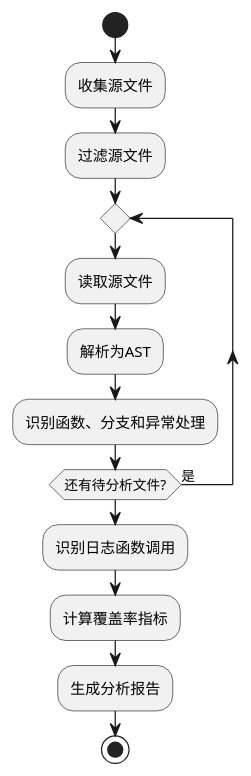
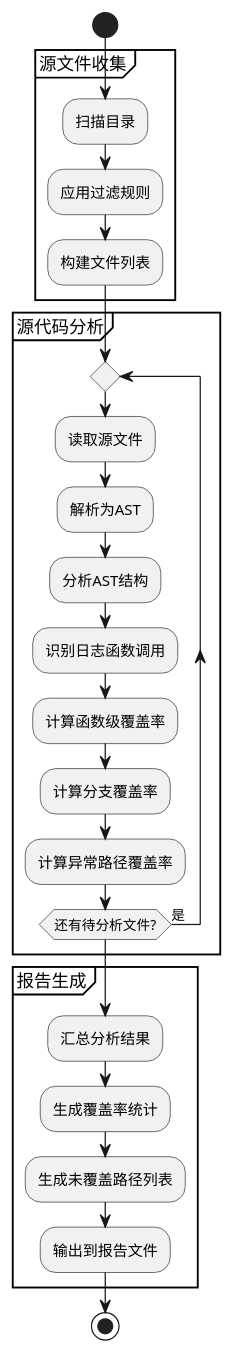
Before and after one commit to eric2023/dlogcover: the sixth of 10 diagrams in docs/概要设计文档.md, drawn with PlantUML. The commit also changed other lines of this file and 2 other files, not shown here.

````diff
--- a/docs/概要设计文档.md
+++ b/docs/概要设计文档.md
@@ -547,16 +383,32 @@
 ```plantuml
 @startuml
 start
-:收集源文件;
-:过滤源文件;
-repeat
-  :读取源文件;
-  :解析为AST;
-  :识别函数、分支和异常处理;
-repeat while (还有待分析文件?) is (是)
-:识别日志函数调用;
-:计算覆盖率指标;
-:生成分析报告;
+
+partition "源文件收集" {
+  :扫描目录;
+  :应用过滤规则;
+  :构建文件列表;
+}
+
+partition "源代码分析" {
+  repeat
+    :读取源文件;
+    :解析为AST;
+    :分析AST结构;
+    :识别日志函数调用;
+    :计算函数级覆盖率;
+    :计算分支覆盖率;
+    :计算异常路径覆盖率;
+  repeat while (还有待分析文件?) is (是)
+}
+
+partition "报告生成" {
+  :汇总分析结果;
+  :生成覆盖率统计;
+  :生成未覆盖路径列表;
+  :输出到报告文件;
+}
+
 stop
 @enduml
 ```
````
